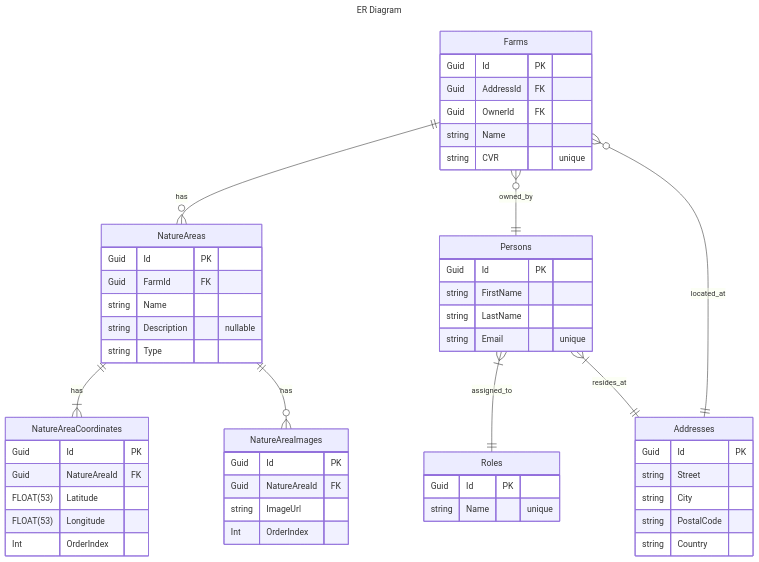
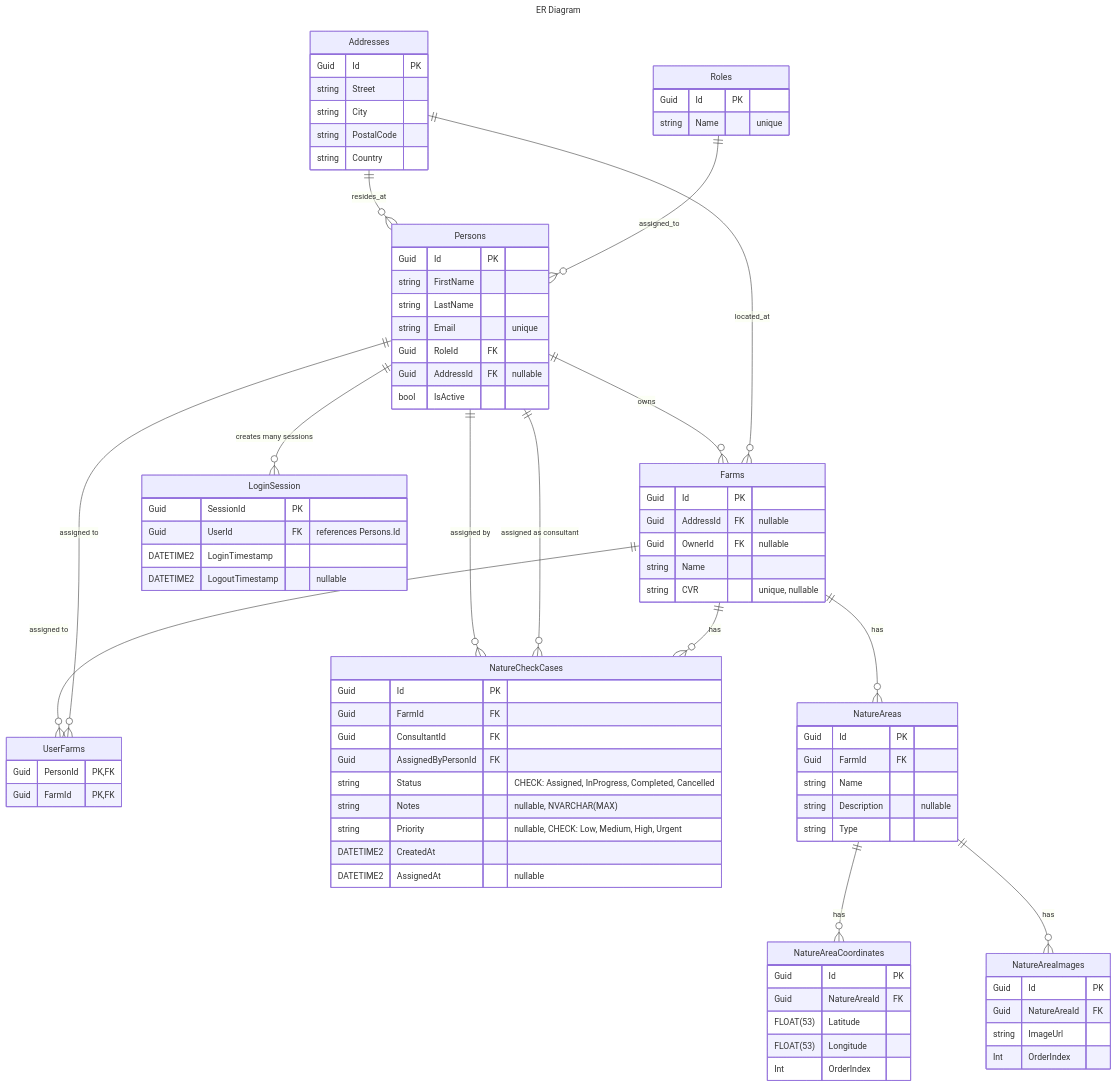
The diagram in docs/ER.md (DMOoF25-TEAM11/ArlaNatureConnect), drawn with Mermaid before and after one commit. The commit also changed 22 other files, not shown here.

Commit message:
Artefact update for UC001, UC002B... And Total Update for DCD.md, DomainModel.md and ER.md with UC001 & UC002B.... Plus fix so Farmer can be connected with multiple farms with different CVR numbers. When Arla Employee writes more farms to the same email.

````diff
--- a/docs/ER.md
+++ b/docs/ER.md
@@ -24,14 +24,34 @@
     string FirstName
     string LastName
     string Email "unique"
+    Guid RoleId FK
+    Guid AddressId FK "nullable"
+    bool IsActive
   }
 
   Farms {
     Guid Id PK
-    Guid AddressId FK
-    Guid OwnerId FK
+    Guid AddressId FK "nullable"
+    Guid OwnerId FK "nullable"
     string Name
-    string CVR "unique"
+    string CVR "unique, nullable"
+  }
+
+  UserFarms {
+    Guid PersonId PK, FK
+    Guid FarmId PK, FK
+  }
+
+  NatureCheckCases {
+    Guid Id PK
+    Guid FarmId FK
+    Guid ConsultantId FK
+    Guid AssignedByPersonId FK
+    string Status "CHECK: Assigned, InProgress, Completed, Cancelled"
+    string Notes "nullable, NVARCHAR(MAX)"
+    string Priority "nullable, CHECK: Low, Medium, High, Urgent"
+    DATETIME2 CreatedAt
+    DATETIME2 AssignedAt "nullable"
   }
 
   NatureAreas {
@@ -56,12 +76,25 @@
     string ImageUrl
     Int OrderIndex
   }
+
+  LoginSession {
+    Guid SessionId PK
+    Guid UserId FK "references Persons.Id"
+    DATETIME2 LoginTimestamp
+    DATETIME2 LogoutTimestamp "nullable"
+  }
   
+  Roles ||--o{ Persons : assigned_to
+  Addresses ||--o{ Persons : resides_at
+  Addresses ||--o{ Farms : located_at
+  Persons ||--o{ Farms : owns
+  Persons ||--o{ UserFarms : "assigned to"
+  Farms ||--o{ UserFarms : "assigned to"
   Farms ||--o{ NatureAreas : has
-  Farms }o--|| Persons : owned_by
-  Farms }o--|| Addresses : located_at
-  Persons }|--|| Roles : assigned_to
-  Persons }|--|| Addresses : resides_at
-  NatureAreas ||--|{ NatureAreaCoordinates : has
+  Farms ||--o{ NatureCheckCases : has
+  Persons ||--o{ NatureCheckCases : "assigned as consultant"
+  Persons ||--o{ NatureCheckCases : "assigned by"
+  Persons ||--o{ LoginSession : "creates many sessions"
+  NatureAreas ||--o{ NatureAreaCoordinates : has
   NatureAreas ||--o{ NatureAreaImages : has
 ```
````
